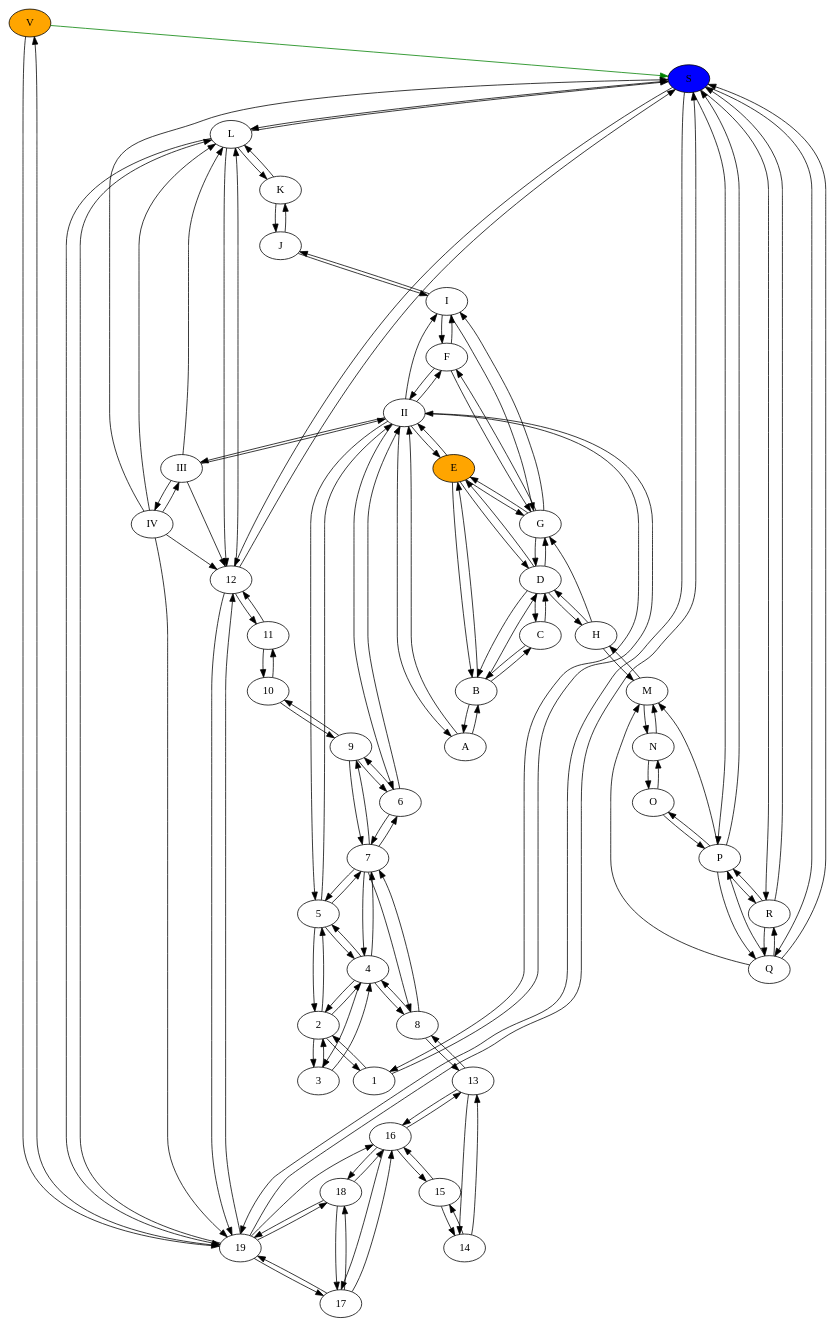
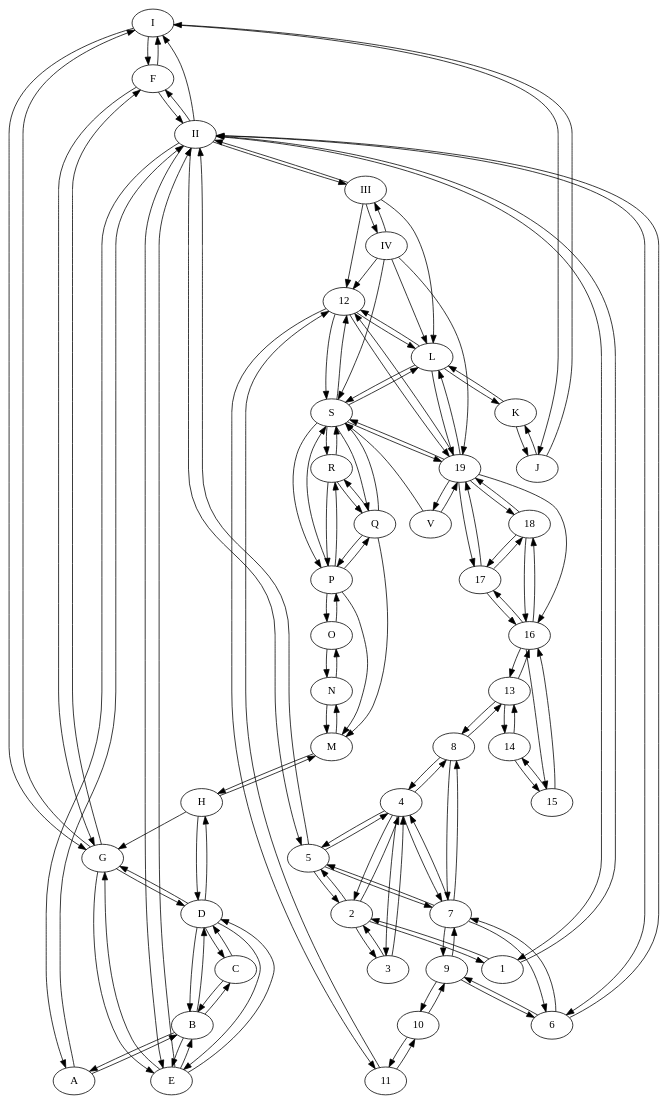
One commit to timothythiecke/ComputerVisieProject changed the diagram in groundplan.dot. Above: the diagram before and after it, drawn with Graphviz. The commit also changed 16 other files, not shown here.

```diff
--- a/groundplan.dot
+++ b/groundplan.dot
@@ -1,148 +1,145 @@
-digraph G {V[fillcolor=orange, style=filled]
-E[fillcolor=orange, style=filled]
-S[fillcolor=blue, style=filled]
-I -> F[color=black]
+digraph G {I -> F[color=black]
 I -> G[color=black]
 I -> J[color=black]
 II -> I[color=black]
 II -> 1[color=black]
 II -> 5[color=black]
 II -> 6[color=black]
 II -> A[color=black]
 II -> E[color=black]
 II -> F[color=black]
 II -> III[color=black]
 III -> II[color=black]
 III -> IV[color=black]
 III -> L[color=black]
 III -> 12[color=black]
 IV -> III[color=black]
 IV -> L[color=black]
 IV -> 12[color=black]
 IV -> S[color=black]
 IV -> 19[color=black]
-V -> S[color=green]
+V -> S[color=black]
 V -> 19[color=black]
 1 -> 2[color=black]
 1 -> II[color=black]
 2 -> 1[color=black]
 2 -> 3[color=black]
 2 -> 4[color=black]
 2 -> 5[color=black]
 3 -> 2[color=black]
 3 -> 4[color=black]
 4 -> 2[color=black]
 4 -> 3[color=black]
 4 -> 5[color=black]
 4 -> 7[color=black]
 4 -> 8[color=black]
 5 -> 2[color=black]
 5 -> 4[color=black]
 5 -> 7[color=black]
 5 -> II[color=black]
 6 -> 7[color=black]
 6 -> 9[color=black]
 6 -> II[color=black]
 7 -> 4[color=black]
 7 -> 5[color=black]
 7 -> 6[color=black]
 7 -> 8[color=black]
 7 -> 9[color=black]
 8 -> 4[color=black]
 8 -> 7[color=black]
 8 -> 13[color=black]
 9 -> 6[color=black]
 9 -> 7[color=black]
 9 -> 10[color=black]
 10 -> 9[color=black]
 10 -> 11[color=black]
 11 -> 10[color=black]
 11 -> 12[color=black]
 12 -> 11[color=black]
 12 -> 19[color=black]
 12 -> L[color=black]
 12 -> S[color=black]
 13 -> 8[color=black]
 13 -> 14[color=black]
 13 -> 16[color=black]
 14 -> 13[color=black]
 14 -> 15[color=black]
 15 -> 14[color=black]
 15 -> 16[color=black]
 16 -> 13[color=black]
 16 -> 15[color=black]
 16 -> 17[color=black]
 16 -> 18[color=black]
 17 -> 16[color=black]
 17 -> 18[color=black]
 17 -> 19[color=black]
 18 -> 16[color=black]
 18 -> 17[color=black]
 18 -> 19[color=black]
 19 -> 12[color=black]
 19 -> 16[color=black]
 19 -> 17[color=black]
 19 -> 18[color=black]
 19 -> S[color=black]
 19 -> L[color=black]
 19 -> V[color=black]
 A -> B[color=black]
 A -> II[color=black]
 B -> A[color=black]
 B -> C[color=black]
 B -> D[color=black]
 B -> E[color=black]
 C -> B[color=black]
 C -> D[color=black]
 D -> B[color=black]
 D -> C[color=black]
 D -> E[color=black]
 D -> G[color=black]
 D -> H[color=black]
 E -> B[color=black]
 E -> D[color=black]
 E -> G[color=black]
 E -> II[color=black]
 F -> G[color=black]
 F -> I[color=black]
 F -> II[color=black]
 G -> D[color=black]
 G -> E[color=black]
 G -> F[color=black]
 G -> I[color=black]
 H -> D[color=black]
 H -> G[color=black]
 H -> M[color=black]
 J -> I[color=black]
 J -> K[color=black]
 K -> J[color=black]
 K -> L[color=black]
 L -> K[color=black]
 L -> 12[color=black]
 L -> 19[color=black]
 L -> S[color=black]
 M -> H[color=black]
 M -> N[color=black]
 N -> M[color=black]
 N -> O[color=black]
 O -> N[color=black]
 O -> P[color=black]
 P -> M[color=black]
 P -> O[color=black]
 P -> Q[color=black]
 P -> R[color=black]
 P -> S[color=black]
 Q -> M[color=black]
 Q -> P[color=black]
 Q -> R[color=black]
 Q -> S[color=black]
 R -> P[color=black]
 R -> Q[color=black]
 R -> S[color=black]
 S -> P[color=black]
 S -> Q[color=black]
 S -> R[color=black]
 S -> L[color=black]
 S -> 12[color=black]
 S -> 19[color=black]
 }
```
